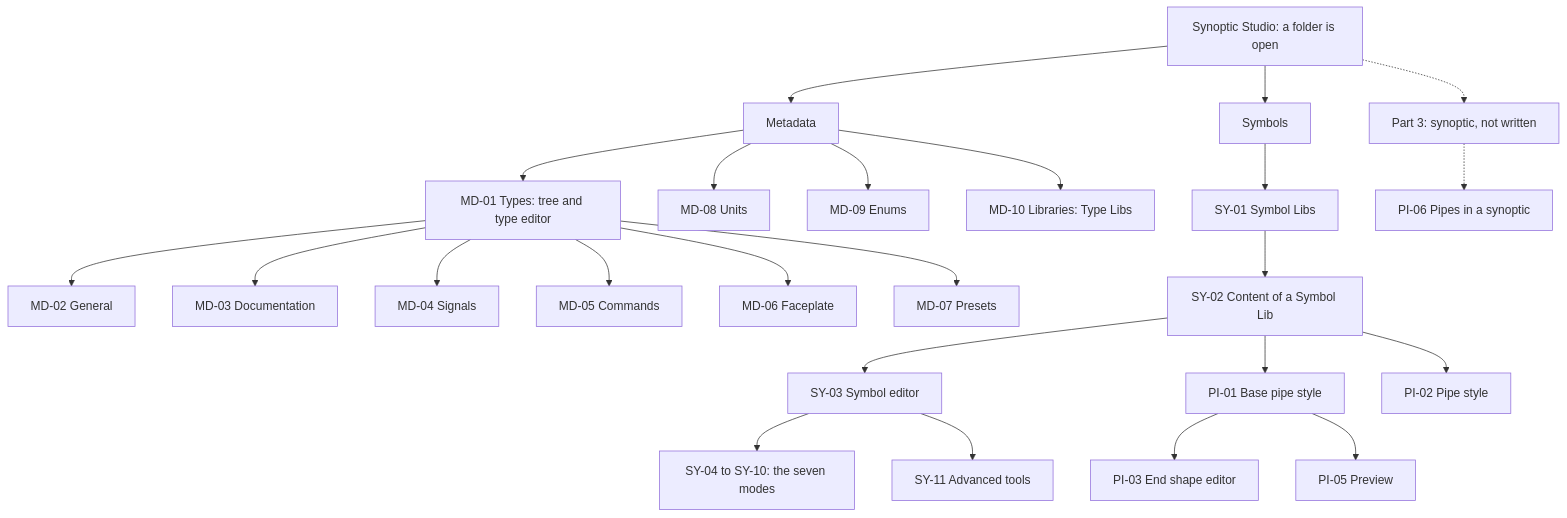
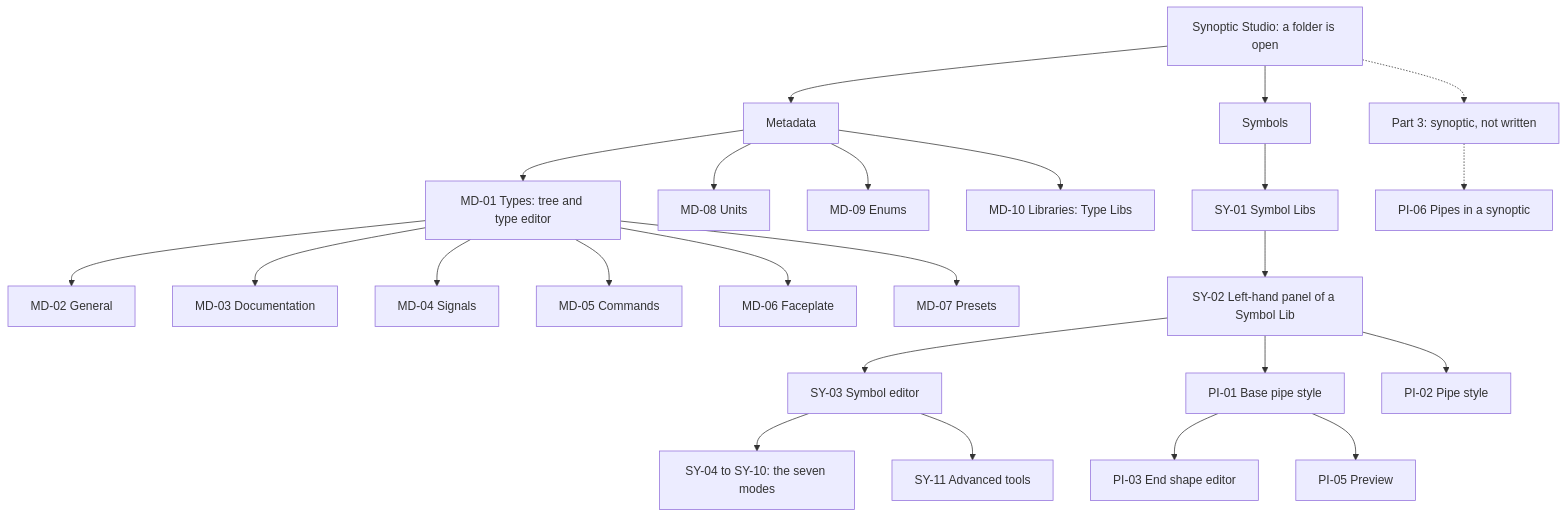
Before and after one commit to AlexandreGallais/synoptic-studio-spec: the diagram in screens/README.md, drawn with Mermaid. The commit also changed other lines of this file and 23 other files, not shown here.

````diff
--- a/screens/README.md
+++ b/screens/README.md
@@ -68,28 +68,28 @@
 ```mermaid
 flowchart TD
     APP["Synoptic Studio: a folder is open"] --> MD["Metadata"]
     APP --> SY["Symbols"]
     APP -.-> P3["Part 3: synoptic, not written"]
 
     MD --> MD01["MD-01 Types: tree and type editor"]
     MD01 --> MD02["MD-02 General"]
     MD01 --> MD03["MD-03 Documentation"]
     MD01 --> MD04["MD-04 Signals"]
     MD01 --> MD05["MD-05 Commands"]
     MD01 --> MD06["MD-06 Faceplate"]
     MD01 --> MD07["MD-07 Presets"]
     MD --> MD08["MD-08 Units"]
     MD --> MD09["MD-09 Enums"]
     MD --> MD10["MD-10 Libraries: Type Libs"]
 
     SY --> SY01["SY-01 Symbol Libs"]
-    SY01 --> SY02["SY-02 Content of a Symbol Lib"]
+    SY01 --> SY02["SY-02 Left-hand panel of a Symbol Lib"]
     SY02 --> SY03["SY-03 Symbol editor"]
     SY03 --> SY04["SY-04 to SY-10: the seven modes"]
     SY03 --> SY11["SY-11 Advanced tools"]
     SY02 --> PI01["PI-01 Base pipe style"]
     SY02 --> PI02["PI-02 Pipe style"]
     PI01 --> PI03["PI-03 End shape editor"]
     PI01 --> PI05["PI-05 Preview"]
     P3 -.-> PI06["PI-06 Pipes in a synoptic"]
 ```
````
